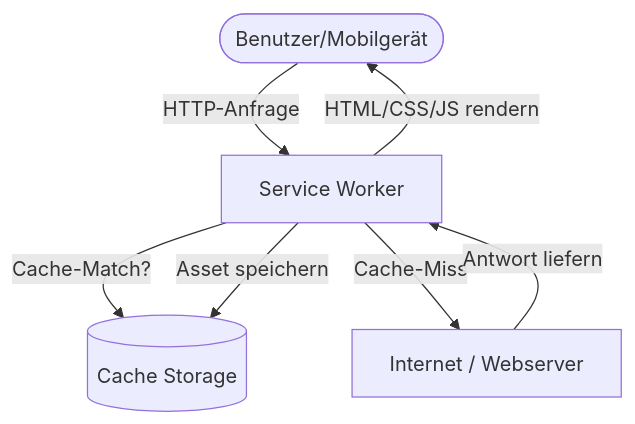
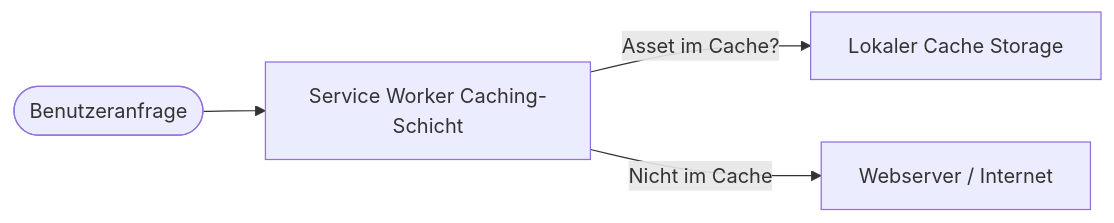
The diagram in src/content/projects/starcleaners.md (BGA360/bridgenta-portfolio), drawn with Mermaid before and after one commit. The commit also changed other lines of this file and 5 other files, not shown here.

````diff
--- a/src/content/projects/starcleaners.md
+++ b/src/content/projects/starcleaners.md
@@ -27,9 +58,6 @@
 ```mermaid
-graph TD
-    User([Benutzer/Mobilgerät]) -->|HTTP-Anfrage| SW[Service Worker]
-    SW -->|Cache-Match?| Cache[(Cache Storage)]
-    SW -->|Cache-Miss| Network[Internet / Webserver]
-    Network -->|Antwort liefern| SW
-    SW -->|Asset speichern| Cache
-    SW -->|HTML/CSS/JS rendern| User
+graph LR
+    User([Benutzeranfrage]) --> SW[Service Worker Caching-Schicht]
+    SW -->|Asset im Cache?| Cache[Lokaler Cache Storage]
+    SW -->|Nicht im Cache| Network[Webserver / Internet]
 ```
````
